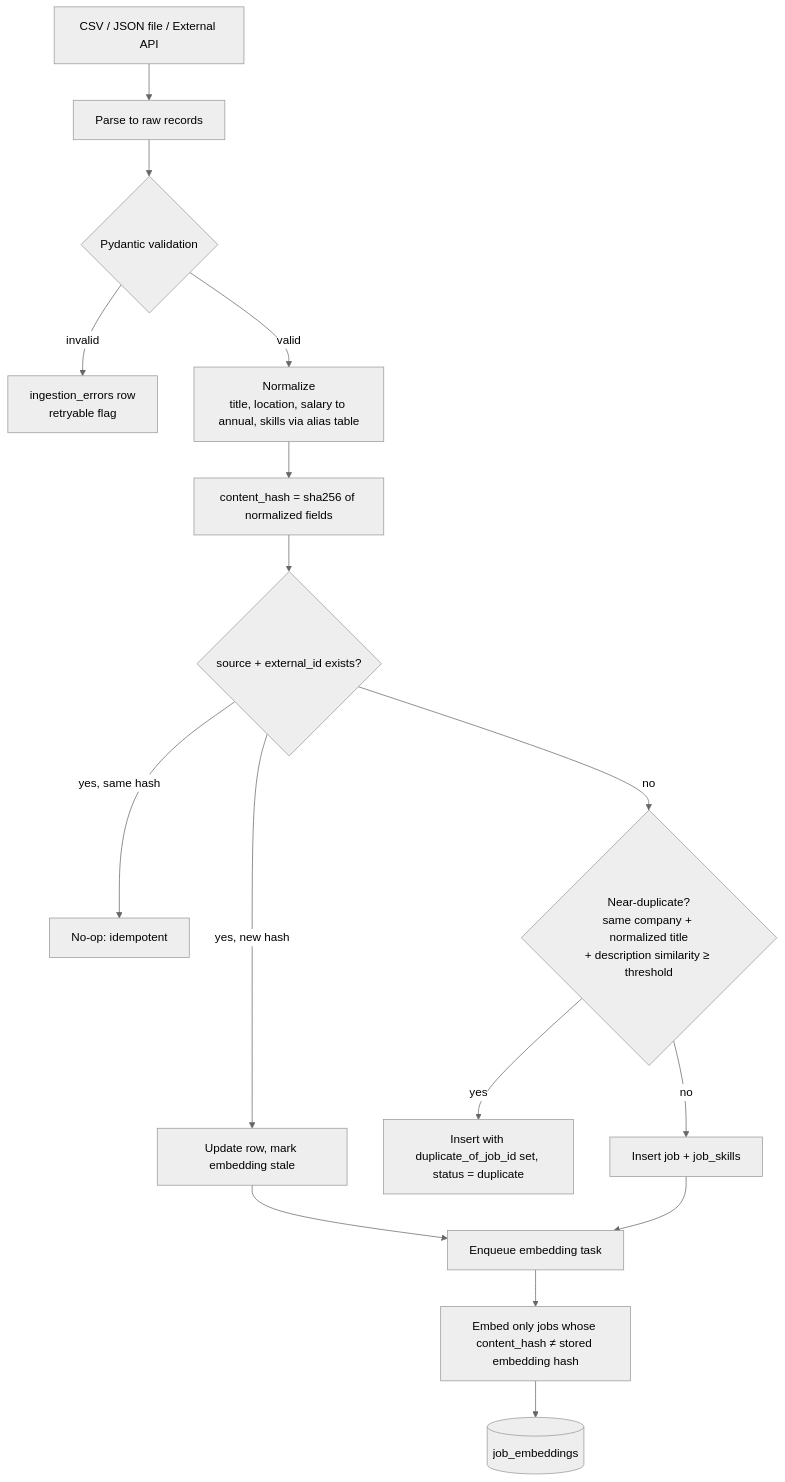
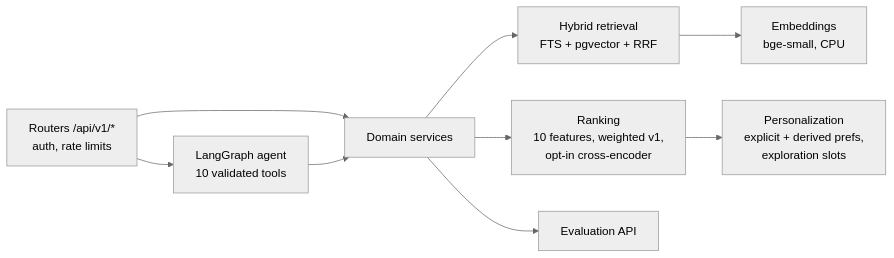
One commit to afreenanz/talent-intelligence-engine changed the second of 3 diagrams in docs/architecture.md. Above: the diagram before and after it, drawn with Mermaid (neutral theme). The commit also changed other lines of this file and 11 other files, not shown here.

````diff
--- a/docs/architecture.md
+++ b/docs/architecture.md
@@ -117,17 +48,11 @@
 ```mermaid
-flowchart TD
-    SRC[CSV / JSON file / External API] --> PARSE[Parse to raw records]
-    PARSE --> VAL{Pydantic validation}
-    VAL -- invalid --> ERR[ingestion_errors row<br/>retryable flag]
-    VAL -- valid --> NORM[Normalize<br/>title, location, salary to annual, skills via alias table]
-    NORM --> HASH[content_hash = sha256 of normalized fields]
-    HASH --> D1{source + external_id exists?}
-    D1 -- yes, same hash --> SKIP[No-op: idempotent]
-    D1 -- yes, new hash --> UPD[Update row, mark embedding stale]
-    D1 -- no --> D2{Near-duplicate?<br/>same company + normalized title<br/>+ description similarity ≥ threshold}
-    D2 -- yes --> LINK[Insert with duplicate_of_job_id set, status = duplicate]
-    D2 -- no --> INS[Insert job + job_skills]
-    UPD & INS --> EMBQ[Enqueue embedding task]
-    EMBQ --> EMB[Embed only jobs whose content_hash ≠ stored embedding hash]
-    EMB --> PGV[(job_embeddings)]
+flowchart LR
+    R[Routers /api/v1/*<br/>auth, rate limits] --> SVC[Domain services]
+    R --> AG[LangGraph agent<br/>10 validated tools]
+    AG --> SVC
+    SVC --> RET[Hybrid retrieval<br/>FTS + pgvector + RRF]
+    RET --> EMB[Embeddings<br/>bge-small, CPU]
+    SVC --> RANK[Ranking<br/>10 features, weighted v1,<br/>opt-in cross-encoder]
+    RANK --> PERS[Personalization<br/>explicit + derived prefs,<br/>exploration slots]
+    SVC --> EVAL[Evaluation API]
 ```
````
